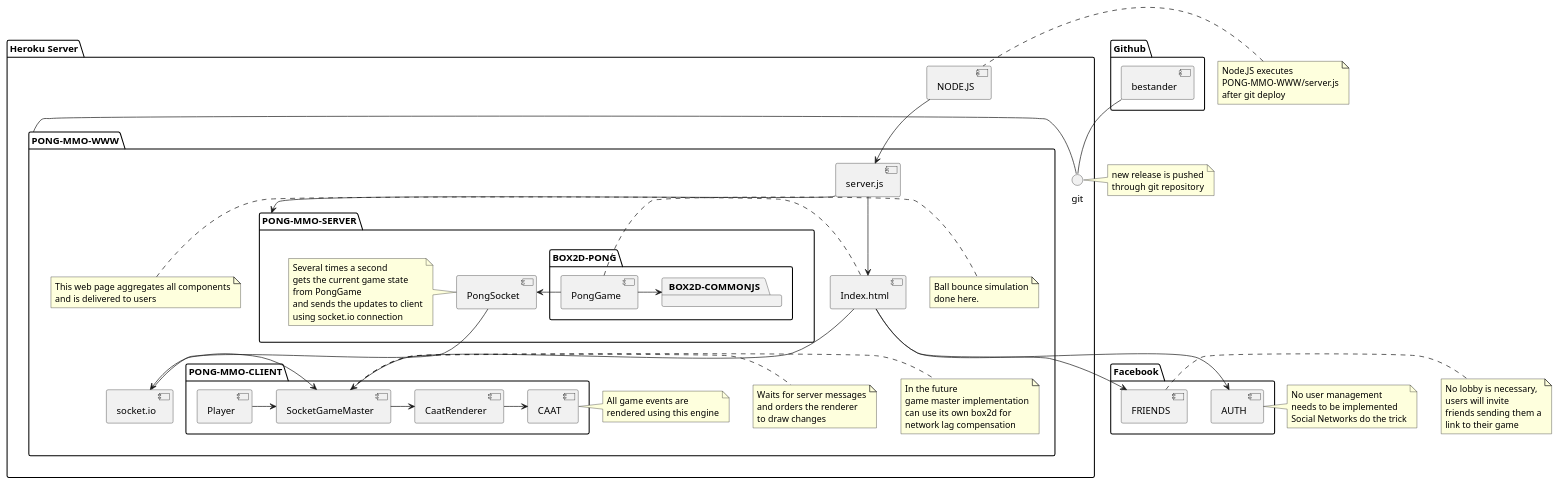
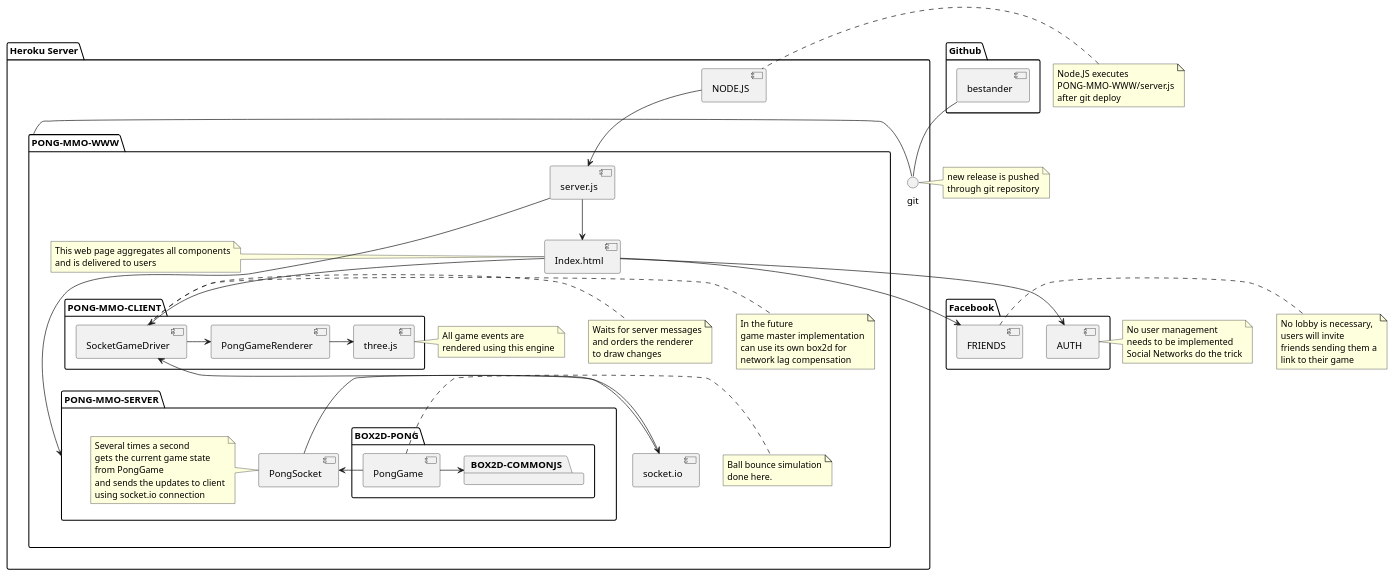
The diagram in documentation/pong-all-components.puml (bestander/pong-mmo-www), drawn with PlantUML before and after one commit. The commit also changed 1 other file, not shown here.

```diff
--- a/documentation/pong-all-components.puml
+++ b/documentation/pong-all-components.puml
@@ -1,127 +1,126 @@
 @startuml
 
 package "Facebook" {
   [AUTH]
   [FRIENDS]
 }
 
 package "Github" {
   [bestander]
 }
 
 
 package "Heroku Server" {
 
   [bestander] -- git
   git - [PONG-MMO-WWW]
 
   package PONG-MMO-WWW {
     [Index.html] --> [AUTH]
     [Index.html] --> [FRIENDS]
     [socket.io]
     [server.js]
     [server.js] --> [PONG-MMO-SERVER]
 
 
     package PONG-MMO-SERVER {
 
       package BOX2D-PONG {
 
         [PongGame] -> [BOX2D-COMMONJS]
 
         package BOX2D-COMMONJS {
         }
 
       }
 
       [PongSocket] -> [socket.io]
       [PongSocket] <- [PongGame]
 
       note left of [PongSocket]
         Several times a second
         gets the current game state
         from PongGame
         and sends the updates to client
         using socket.io connection
       end note
 
 
     }
 
     package PONG-MMO-CLIENT {
-      [CaatRenderer] -> [CAAT]
-      [SocketGameMaster] <- [socket.io]
-      [SocketGameMaster] -> [CaatRenderer]
-      [Player] -> [SocketGameMaster]
+      [PongGameRenderer] -> [three.js]
+      [SocketGameDriver] <-- [socket.io]
+      [SocketGameDriver] -> [PongGameRenderer]
     }
 
 
-    [Index.html] --> [SocketGameMaster]
+    [Index.html] --> [SocketGameDriver]
 
     note right of [PongGame]
       Ball bounce simulation
       done here.
     end note
 
-    note right of [SocketGameMaster]
+    note right of [SocketGameDriver]
       In the future
       game master implementation
       can use its own box2d for
       network lag compensation
     end note
 
-    note right of [SocketGameMaster]
+    note right of [SocketGameDriver]
       Waits for server messages
       and orders the renderer
       to draw changes
     end note
 
-    note left of [CAAT]
+    note left of [three.js]
       All game events are
       rendered using this engine
     end note
 
     note left of [Index.html]
       This web page aggregates all components
       and is delivered to users
     end note
 
 
   }
 
     [NODE.JS] --> [server.js]
     [server.js] --> [Index.html]
 
 }
 
 note left of git
   new release is pushed
   through git repository
 end note
 
 note right of [AUTH]
   No user management
   needs to be implemented
   Social Networks do the trick
 end note
 
 
 note right of [FRIENDS]
   No lobby is necessary,
   users will invite
   friends sending them a
   link to their game
 end note
 
 note left of [NODE.JS]
   Node.JS executes
   PONG-MMO-WWW/server.js
   after git deploy
 end note
 
 
 
 
 
 
 @enduml
```
